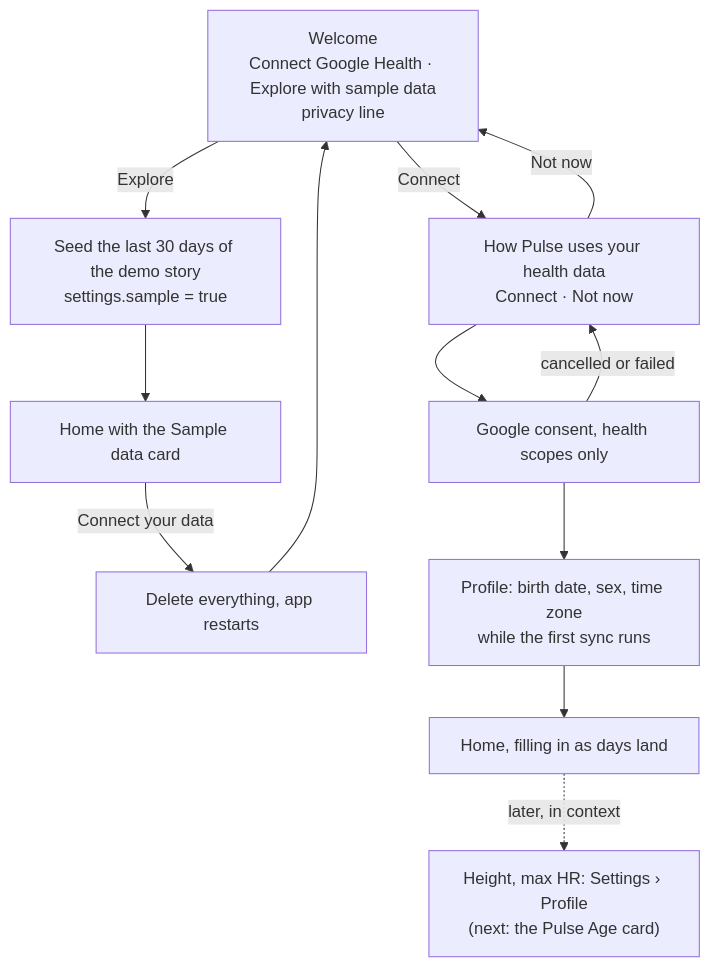
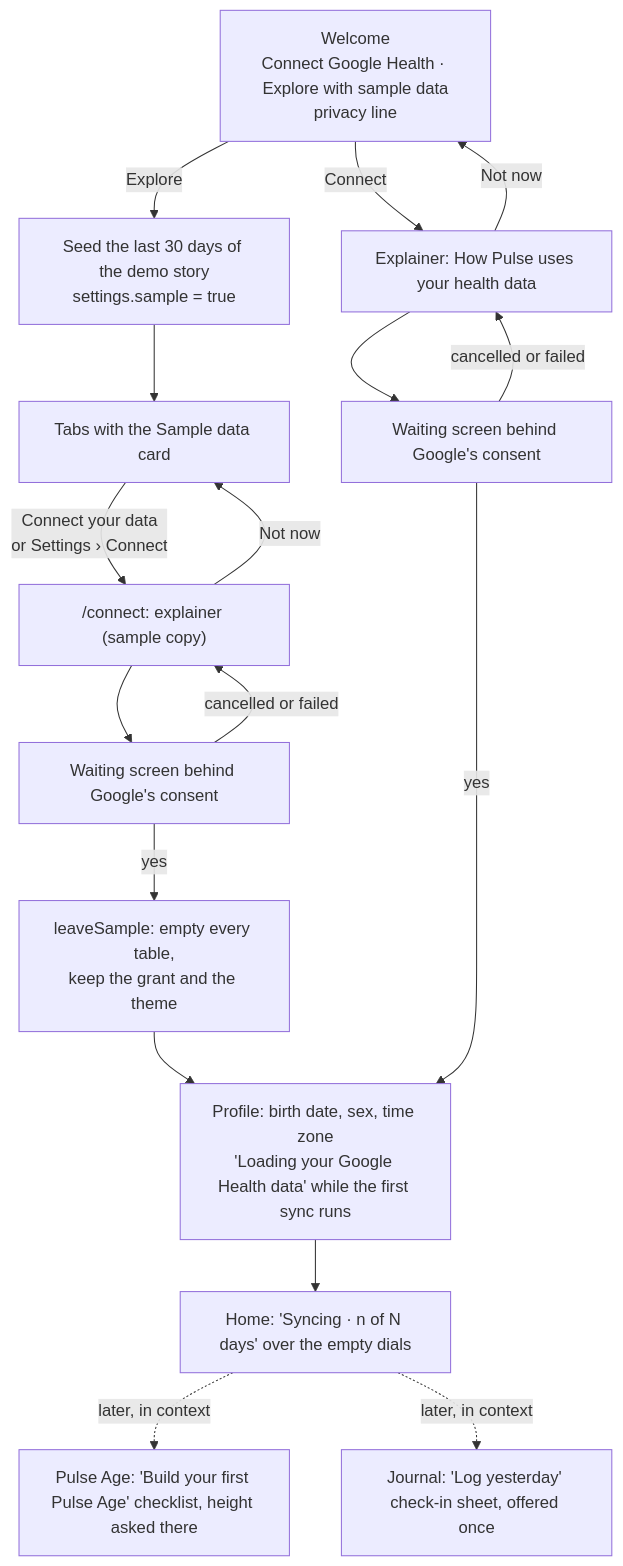
Before and after one commit to Gwadaboy75/pulse-mobile: the diagram in docs/onboarding.md, drawn with Mermaid. The commit also changed other lines of this file and 21 other files, not shown here.

First line of the commit message:
feat(onboarding): complete the Baro-style first run around the connect stub

````diff
--- a/docs/onboarding.md
+++ b/docs/onboarding.md
@@ -9,14 +9,19 @@
 ```mermaid
 flowchart TD
   W["Welcome<br/>Connect Google Health · Explore with sample data<br/>privacy line"] -->|Explore| S["Seed the last 30 days of the demo story<br/>settings.sample = true"]
-  S --> HS["Home with the Sample data card"]
-  HS -->|"Connect your data"| D["Delete everything, app restarts"]
-  D --> W
-  W -->|Connect| X["How Pulse uses your health data<br/>Connect · Not now"]
+  S --> HS["Tabs with the Sample data card"]
+  HS -->|"Connect your data<br/>or Settings › Connect"| CX["/connect: explainer (sample copy)"]
+  CX -->|Not now| HS
+  CX --> CO["Waiting screen behind Google's consent"]
+  CO -->|"cancelled or failed"| CX
+  CO -->|yes| L["leaveSample: empty every table,<br/>keep the grant and the theme"]
+  L --> P
+  W -->|Connect| X["Explainer: How Pulse uses your health data"]
   X -->|Not now| W
-  X --> O["Google consent, health scopes only"]
+  X --> O["Waiting screen behind Google's consent"]
   O -->|"cancelled or failed"| X
-  O --> P["Profile: birth date, sex, time zone<br/>while the first sync runs"]
-  P --> H["Home, filling in as days land"]
-  H -.later, in context.-> C["Height, max HR: Settings › Profile<br/>(next: the Pulse Age card)"]
+  O -->|yes| P["Profile: birth date, sex, time zone<br/>'Loading your Google Health data' while the first sync runs"]
+  P --> H["Home: 'Syncing · n of N days' over the empty dials"]
+  H -.later, in context.-> A["Pulse Age: 'Build your first Pulse Age' checklist, height asked there"]
+  H -.later, in context.-> J["Journal: 'Log yesterday' check-in sheet, offered once"]
 ```
````
